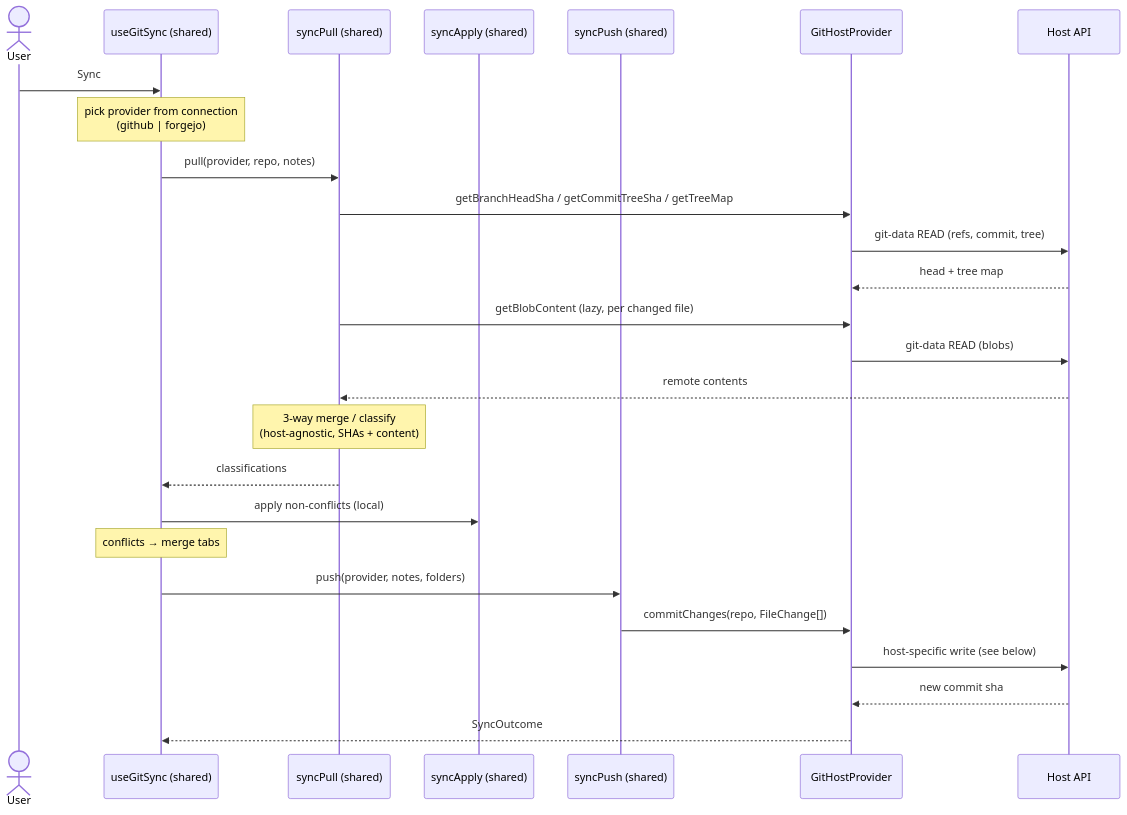
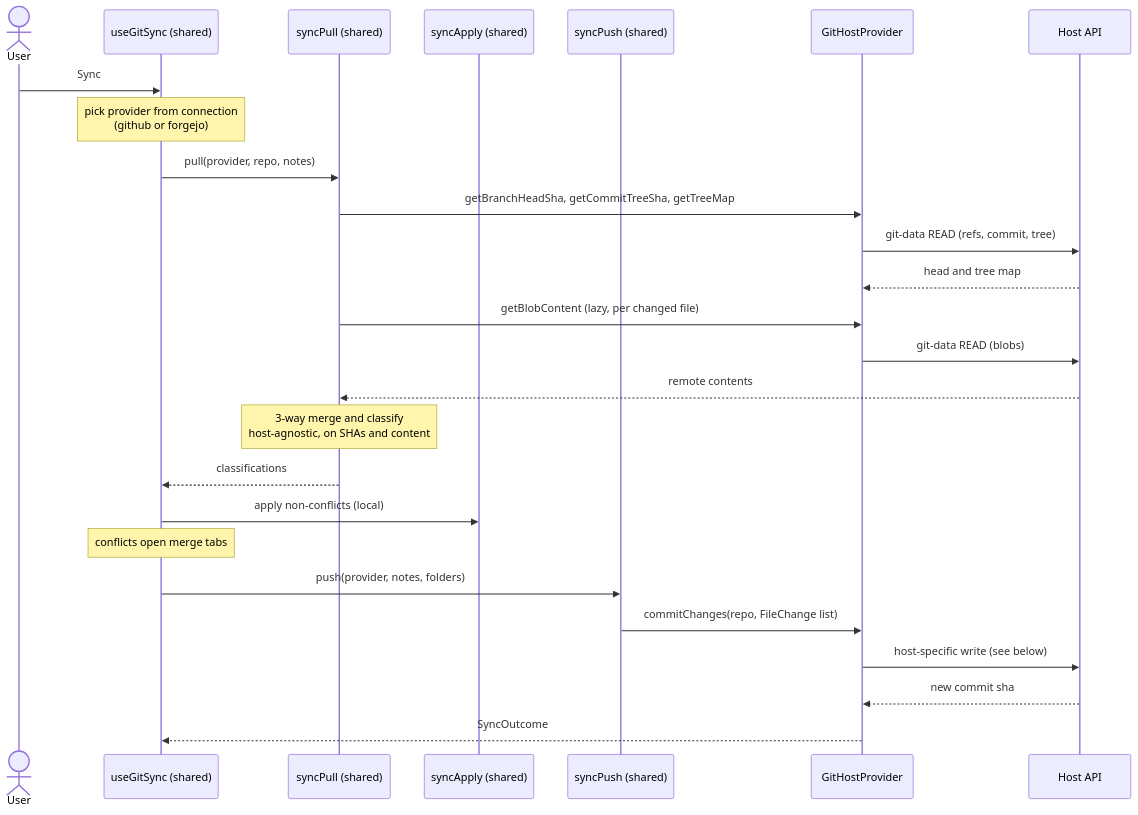
Before and after one commit to rotecodefraktion/noteser: the first of 2 diagrams in docs/multi-host-sync-plan.md, drawn with Mermaid. The commit also changed other lines of this file, not shown here.

First line of the commit message:
docs: fix mermaid parse errors in sync sequence diagrams

````diff
--- a/docs/multi-host-sync-plan.md
+++ b/docs/multi-host-sync-plan.md
@@ -147,32 +147,32 @@
 ```mermaid
 sequenceDiagram
     actor User
     participant Hook as useGitSync (shared)
     participant Pull as syncPull (shared)
     participant Apply as syncApply (shared)
     participant Push as syncPush (shared)
     participant P as GitHostProvider
     participant API as Host API
 
     User->>Hook: Sync
-    Note over Hook: pick provider from connection<br/>(github | forgejo)
+    Note over Hook: pick provider from connection<br/>(github or forgejo)
 
     Hook->>Pull: pull(provider, repo, notes)
-    Pull->>P: getBranchHeadSha / getCommitTreeSha / getTreeMap
+    Pull->>P: getBranchHeadSha, getCommitTreeSha, getTreeMap
     P->>API: git-data READ (refs, commit, tree)
-    API-->>P: head + tree map
+    API-->>P: head and tree map
     Pull->>P: getBlobContent (lazy, per changed file)
     P->>API: git-data READ (blobs)
     API-->>Pull: remote contents
-    Note over Pull: 3-way merge / classify<br/>(host-agnostic, SHAs + content)
+    Note over Pull: 3-way merge and classify<br/>host-agnostic, on SHAs and content
     Pull-->>Hook: classifications
 
     Hook->>Apply: apply non-conflicts (local)
-    Note over Hook: conflicts → merge tabs
+    Note over Hook: conflicts open merge tabs
 
     Hook->>Push: push(provider, notes, folders)
-    Push->>P: commitChanges(repo, FileChange[])
+    Push->>P: commitChanges(repo, FileChange list)
     P->>API: host-specific write (see below)
     API-->>P: new commit sha
     P-->>Hook: SyncOutcome
 ```
````
